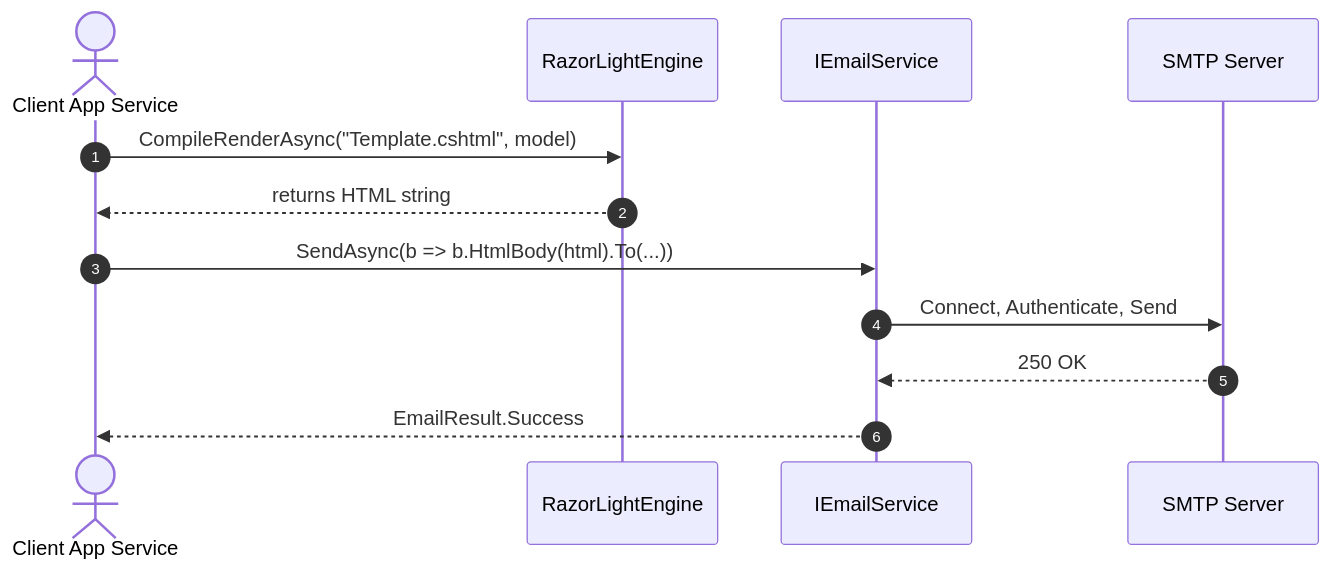
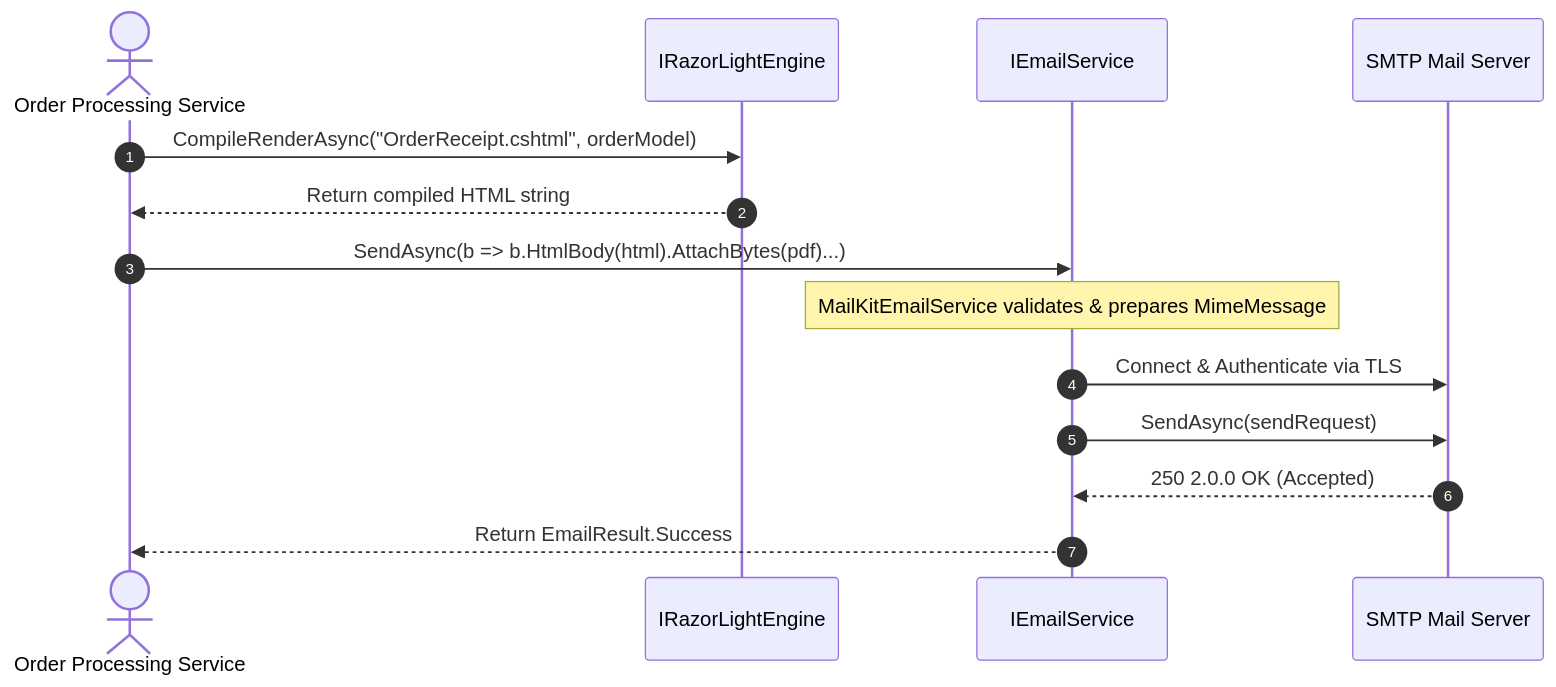
One commit to Alimul-Mahfuz/AmtStudio.CustomMailingKit changed the diagram in docs/razorlight-guide.md. Above: the diagram before and after it, drawn with Mermaid. The commit also changed other lines of this file and 9 other files, not shown here.

Commit message:
Enhance documentation with modern Docsify UI, interactive tabs, Mermaid diagrams, API reference, and troubleshooting guide

````diff
--- a/docs/razorlight-guide.md
+++ b/docs/razorlight-guide.md
@@ -9,15 +9,17 @@
 ```mermaid
 sequenceDiagram
     autonumber
-    actor User as Client App Service
-    participant RL as RazorLightEngine
-    participant MK as IEmailService
-    participant SMTP as SMTP Server
+    actor Service as Order Processing Service
+    participant Razor as IRazorLightEngine
+    participant Mail as IEmailService
+    participant SMTP as SMTP Mail Server
 
-    User->>RL: CompileRenderAsync("Template.cshtml", model)
-    RL-->>User: returns HTML string
-    User->>MK: SendAsync(b => b.HtmlBody(html).To(...))
-    MK->>SMTP: Connect, Authenticate, Send
-    SMTP-->>MK: 250 OK
-    MK-->>User: EmailResult.Success
+    Service->>Razor: CompileRenderAsync("OrderReceipt.cshtml", orderModel)
+    Razor-->>Service: Return compiled HTML string
+    Service->>Mail: SendAsync(b => b.HtmlBody(html).AttachBytes(pdf)...)
+    Note over Mail: MailKitEmailService validates & prepares MimeMessage
+    Mail->>SMTP: Connect & Authenticate via TLS
+    Mail->>SMTP: SendAsync(sendRequest)
+    SMTP-->>Mail: 250 2.0.0 OK (Accepted)
+    Mail-->>Service: Return EmailResult.Success
 ```
````
